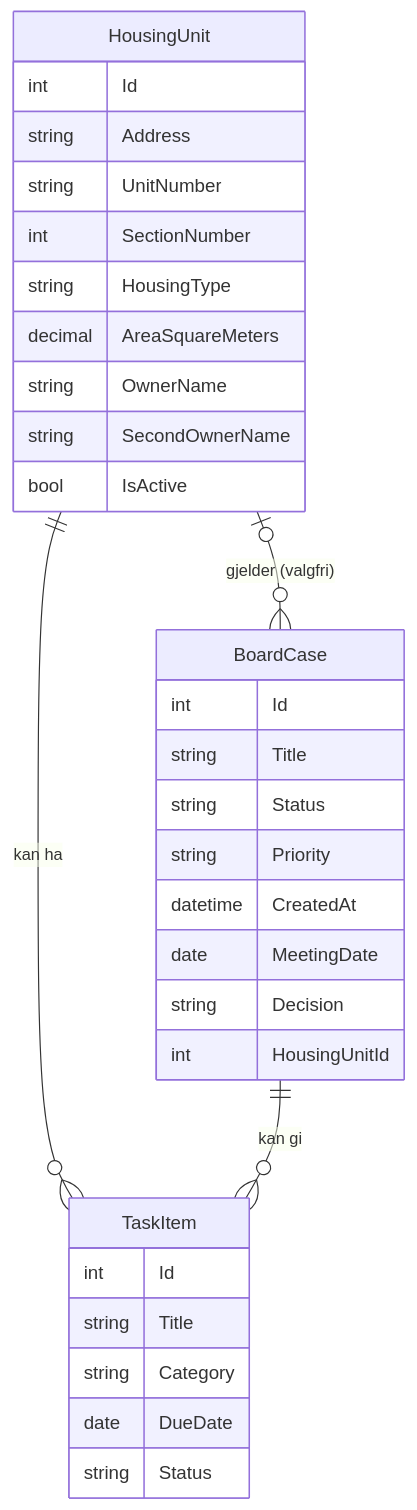
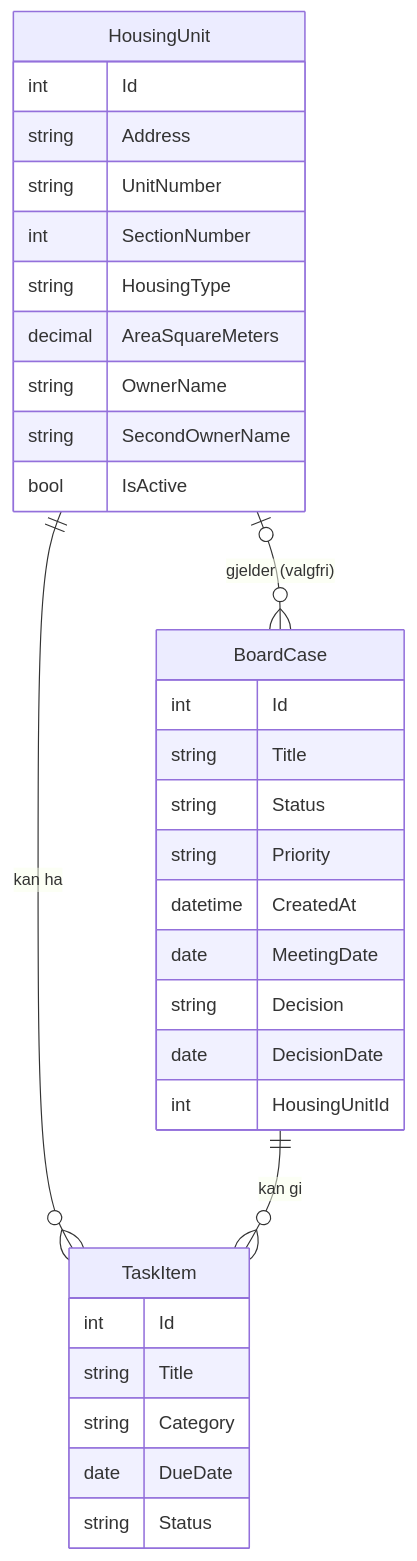
One commit to rmk062026/SameieHub changed the second of 4 diagrams in docs/ARCHITECTURE.md. Above: the diagram before and after it, drawn with Mermaid. The commit also changed other lines of this file and 4 other files, not shown here.

Commit message:
docs: document decision date, the shortcut and that timestamps are not a change history

````diff
--- a/docs/ARCHITECTURE.md
+++ b/docs/ARCHITECTURE.md
@@ -35,34 +35,35 @@
 ```mermaid
 erDiagram
     HousingUnit ||--o{ TaskItem : "kan ha"
     HousingUnit |o--o{ BoardCase : "gjelder (valgfri)"
     BoardCase ||--o{ TaskItem : "kan gi"
     HousingUnit {
         int Id
         string Address
         string UnitNumber
         int SectionNumber
         string HousingType
         decimal AreaSquareMeters
         string OwnerName
         string SecondOwnerName
         bool IsActive
     }
     BoardCase {
         int Id
         string Title
         string Status
         string Priority
         datetime CreatedAt
         date MeetingDate
         string Decision
+        date DecisionDate
         int HousingUnitId
     }
     TaskItem {
         int Id
         string Title
         string Category
         date DueDate
         string Status
     }
 ```
````
